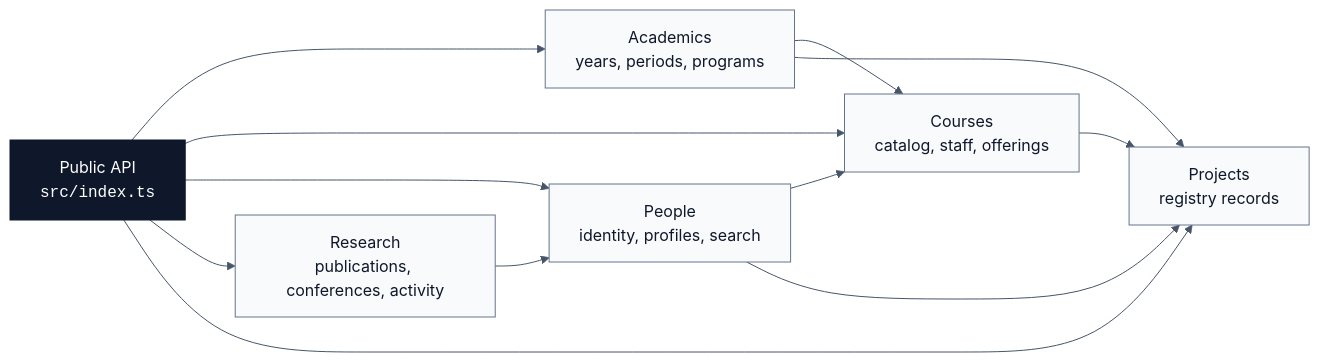
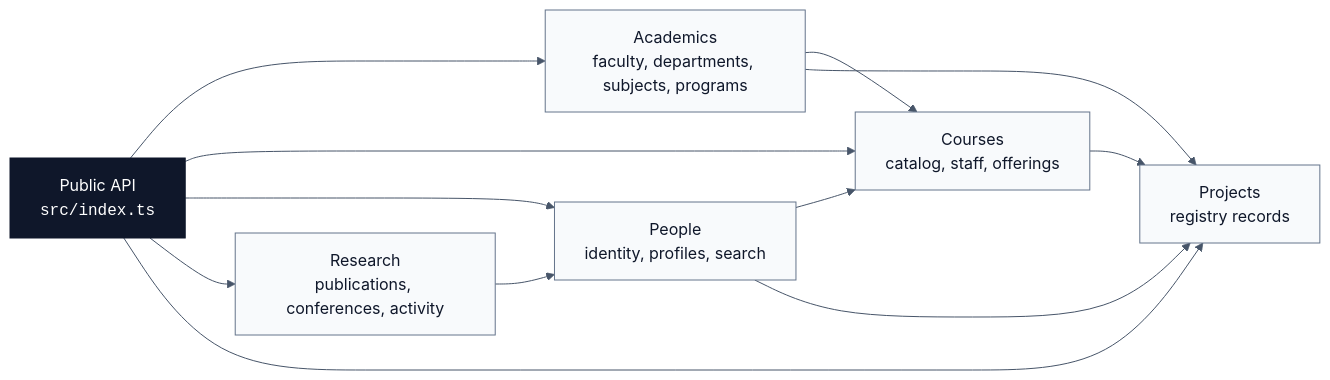
The diagram in docs/README.md (csc3213-2026-group-b/academic-domain-schemas), drawn with Mermaid before and after one commit. The commit also changed other lines of this file and 3 other files, not shown here.

Commit message:
docs: describe faculty science schema support

````diff
--- a/docs/README.md
+++ b/docs/README.md
@@ -20,36 +20,36 @@
 ```mermaid
 %%{init: {"theme": "base", "themeVariables": {"primaryColor": "#f8fafc", "primaryTextColor": "#0f172a", "primaryBorderColor": "#64748b", "lineColor": "#475569", "tertiaryColor": "#e0f2fe"}}}%%
 flowchart LR
   public["Public API<br/><code>src/index.ts</code>"]
 
-  academics["Academics<br/>years, periods, programs"]
+  academics["Academics<br/>faculty, departments, subjects, programs"]
   courses["Courses<br/>catalog, staff, offerings"]
   people["People<br/>identity, profiles, search"]
   research["Research<br/>publications, conferences, activity"]
   projects["Projects<br/>registry records"]
 
   public --> academics
   public --> courses
   public --> people
   public --> research
   public --> projects
 
   academics --> courses
   academics --> projects
   people --> courses
   people --> projects
   research --> people
   courses --> projects
 
   classDef root fill:#0f172a,color:#ffffff,stroke:#0f172a
   classDef domain fill:#f8fafc,color:#0f172a,stroke:#64748b
   class public root
   class academics,courses,people,research,projects domain
 
   click public "./public-api.md" "Open public API docs"
   click academics "./academics.md" "Open academics docs"
   click courses "./courses.md" "Open courses docs"
   click people "./people.md" "Open people docs"
   click research "./research.md" "Open research docs"
   click projects "./projects.md" "Open projects docs"
 ```
````
